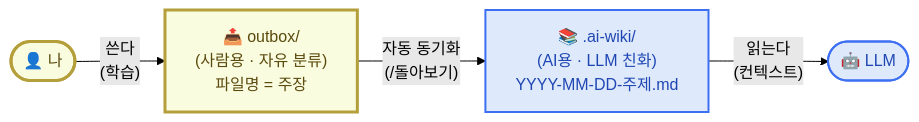
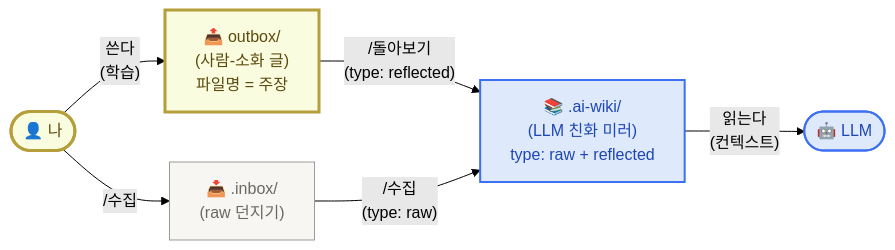
The first of 2 diagrams in content/week2/mechanism.mdx (effectiveai-io/my-learning-agent), drawn with Mermaid (forest theme) before and after one commit. The commit also changed other lines of this file, not shown here.

Commit message:
(content/week2) update mechanism.mdx

````diff
--- a/content/week2/mechanism.mdx
+++ b/content/week2/mechanism.mdx
@@ -28,20 +28,25 @@
 ```mermaid
 flowchart LR
     Me(["👤 나"])
-    Out["📤 outbox/<br/>(사람용 · 자유 분류)<br/>파일명 = 주장"]
-    AI["📚 .ai-wiki/<br/>(AI용 · LLM 친화)<br/>YYYY-MM-DD-주제.md"]
+    Out["📤 outbox/<br/>(사람-소화 글)<br/>파일명 = 주장"]
+    In["📥 .inbox/<br/>(raw 던지기)"]
+    AI["📚 .ai-wiki/<br/>(LLM 친화 미러)<br/>type: raw + reflected"]
     LLM(["🤖 LLM"])
 
     Me -- "쓴다<br/>(학습)" --> Out
-    Out -- "자동 동기화<br/>(/돌아보기)" --> AI
+    Me -- "/수집" --> In
+    Out -- "/돌아보기<br/>(type: reflected)" --> AI
+    In -- "/수집<br/>(type: raw)" --> AI
     AI -- "읽는다<br/>(컨텍스트)" --> LLM
 
     classDef me fill:#fafce0,stroke:#b59f3b,stroke-width:3px,color:#5b4a0e
     classDef out fill:#fafce0,stroke:#b59f3b,stroke-width:3px,color:#5b4a0e
+    classDef in fill:#f7f6f3,stroke:#9b9a97,color:#6b6964
     classDef ai fill:#dee9fb,stroke:#3d6ff2,stroke-width:2px,color:#1f47b3
     classDef llm fill:#dee9fb,stroke:#3d6ff2,stroke-width:2px,color:#1f47b3
     class Me me
     class Out out
+    class In in
     class AI ai
     class LLM llm
 ```
````
